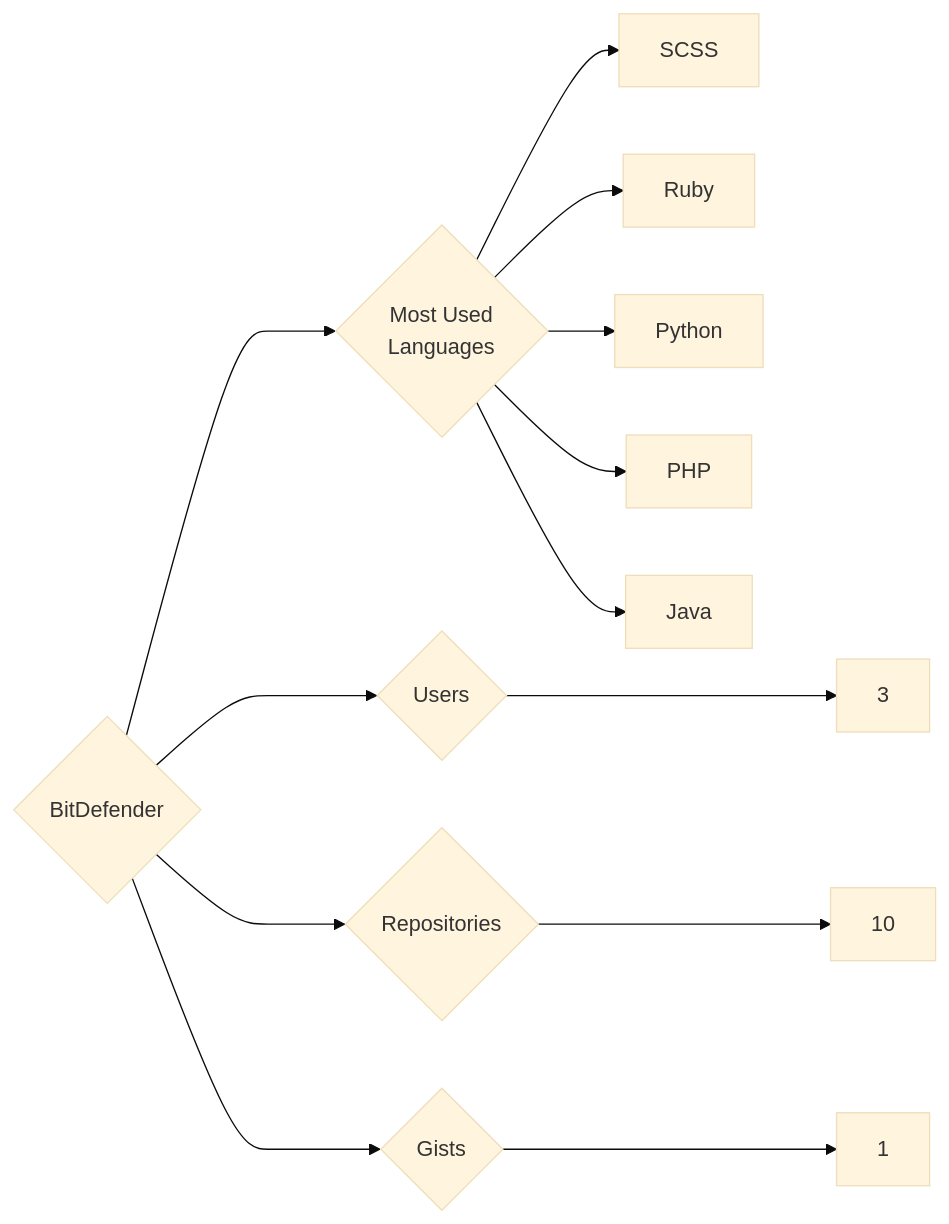
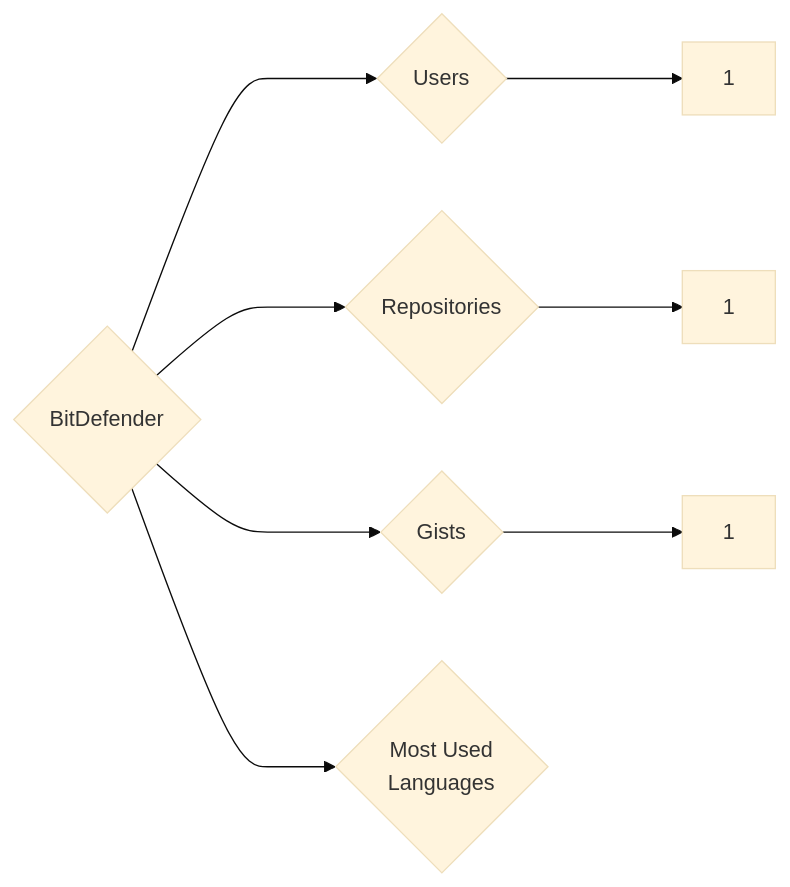
The diagram in targets/BitDefender/README.md (trickest/insiders), drawn with Mermaid (base theme) before and after one commit. The commit also changed 1007 other files, not shown here.

````diff
--- a/targets/BitDefender/README.md
+++ b/targets/BitDefender/README.md
@@ -3,13 +3,8 @@
 ```mermaid
 graph LR
 COMPANY_NAME{BitDefender}
-COMPANY_NAME ---> U{Users} ---> UN[3]
-COMPANY_NAME ---> R{Repositories} ---> RN[10]
+COMPANY_NAME ---> U{Users} ---> UN[1]
+COMPANY_NAME ---> R{Repositories} ---> RN[1]
 COMPANY_NAME ---> G{Gists} ---> GN[1]
 COMPANY_NAME ---> ML{Most Used<br>Languages}
-ML --> SCSS[SCSS]
-ML --> Ruby[Ruby]
-ML --> Python[Python]
-ML --> PHP[PHP]
-ML --> Java[Java]
 ```
````
